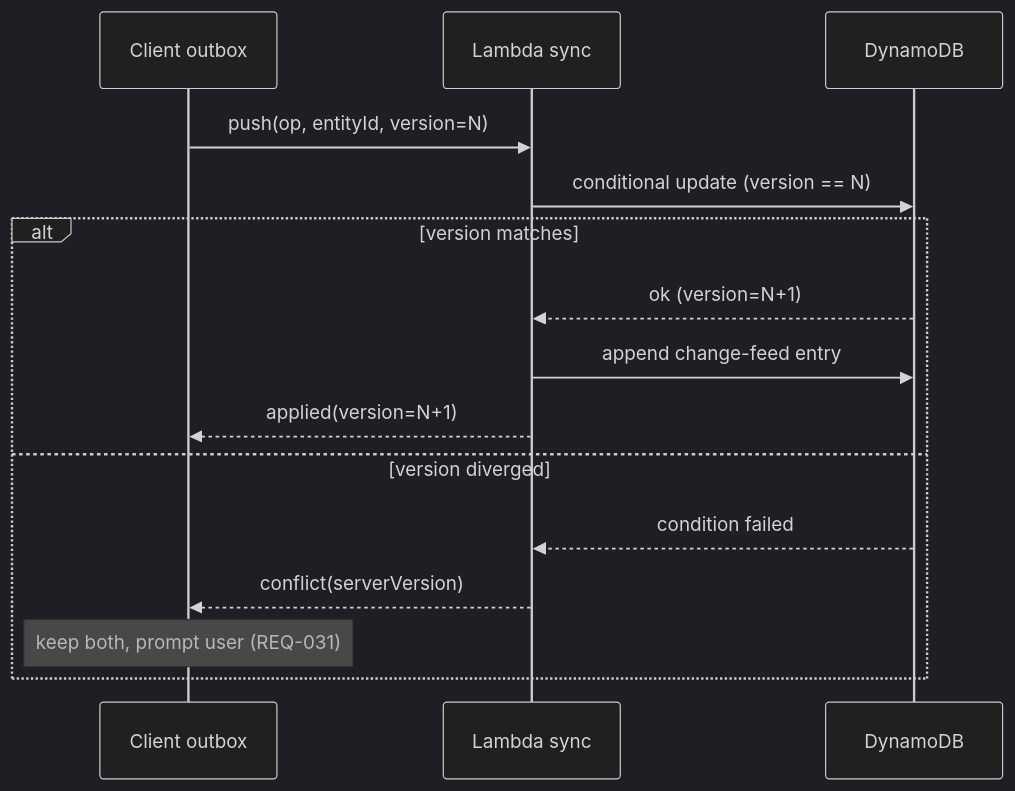
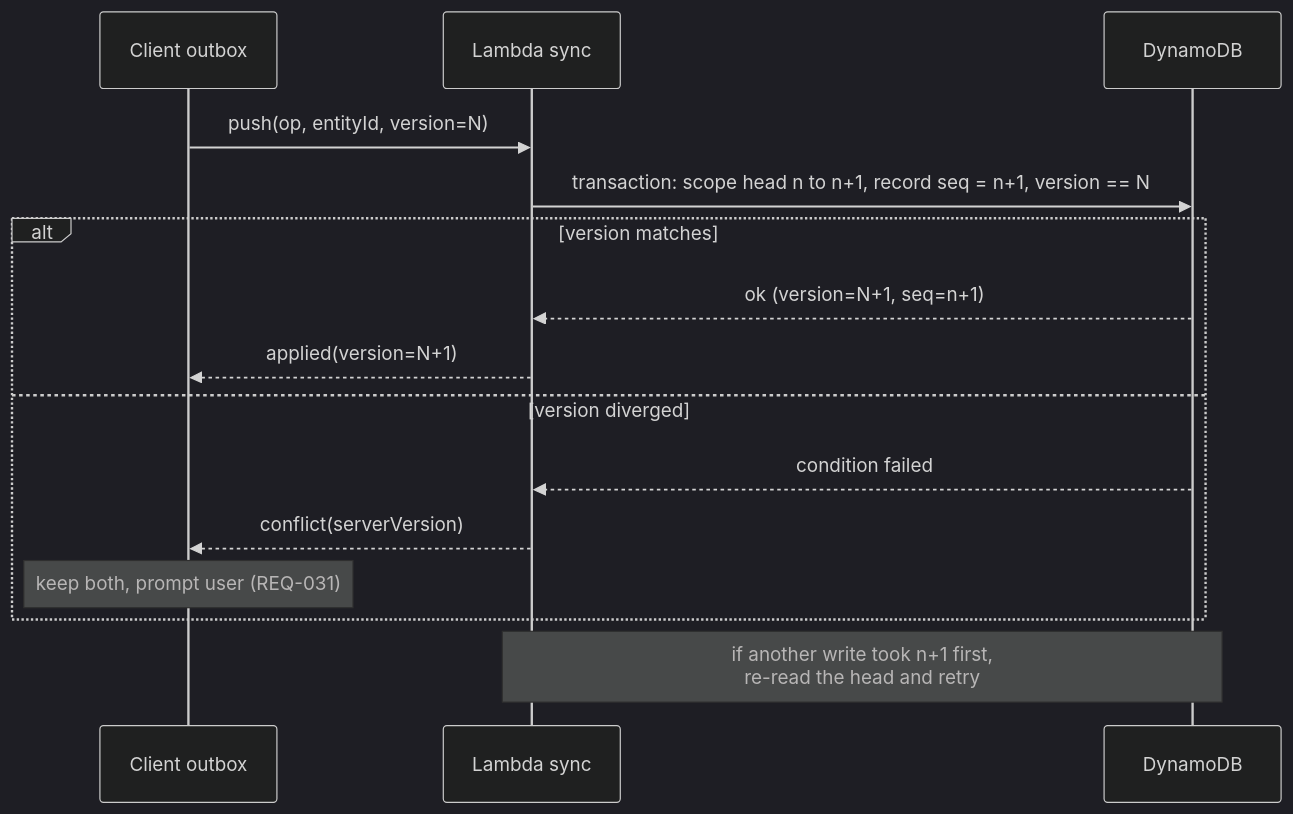
Before and after one commit to mvamgc/travel-records: the second of 3 diagrams in docs/hld.md, drawn with Mermaid (dark theme). The commit also changed other lines of this file and 2 other files, not shown here.

````diff
--- a/docs/hld.md
+++ b/docs/hld.md
@@ -112,17 +109,17 @@
 ```mermaid
 sequenceDiagram
   participant C as Client outbox
   participant A as Lambda sync
   participant D as DynamoDB
   C->>A: push(op, entityId, version=N)
-  A->>D: conditional update (version == N)
+  A->>D: transaction: scope head n to n+1, record seq = n+1, version == N
   alt version matches
-    D-->>A: ok (version=N+1)
-    A->>D: append change-feed entry
+    D-->>A: ok (version=N+1, seq=n+1)
     A-->>C: applied(version=N+1)
   else version diverged
     D-->>A: condition failed
     A-->>C: conflict(serverVersion)
     Note over C: keep both, prompt user (REQ-031)
   end
+  Note over A,D: if another write took n+1 first,<br/>re-read the head and retry
 ```
````
